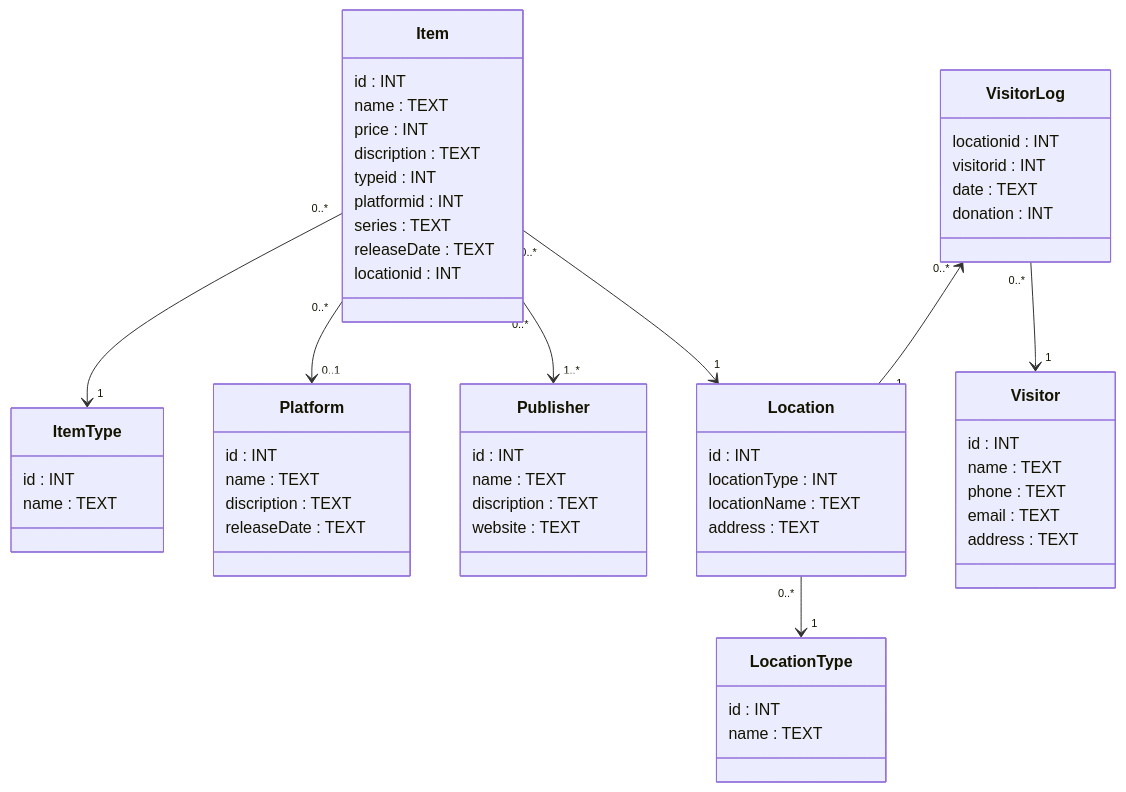
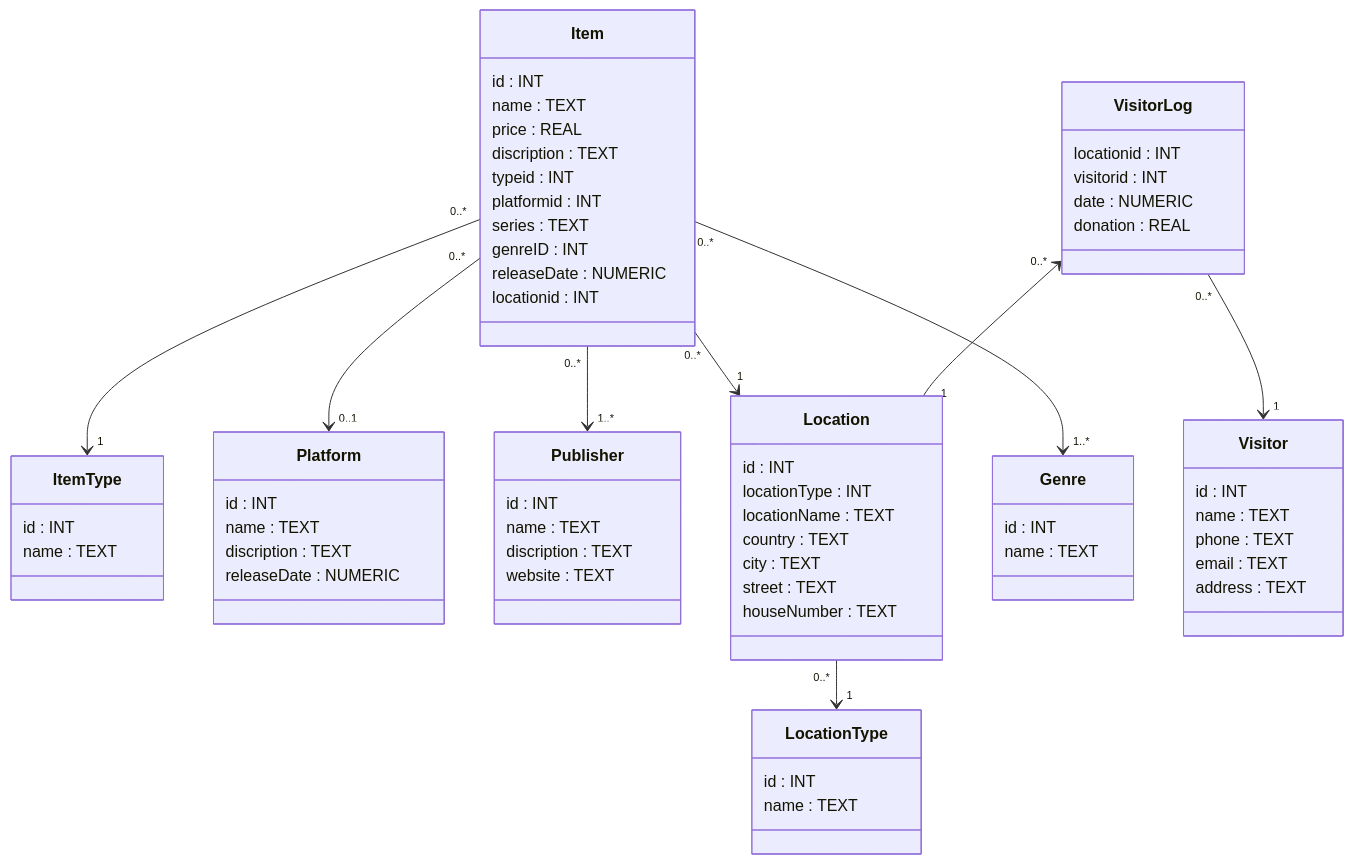
The diagram in README.md (LarsGielen/Project_VGHF), drawn with Mermaid before and after one commit.

````diff
--- a/README.md
+++ b/README.md
@@ -3,69 +3,79 @@
 ``` mermaid
 classDiagram
 
     Item "0..*" --> "1" ItemType
     Item "0..*" --> "0..1" Platform
     Item "0..*" --> "1..*" Publisher
     Item "0..*" --> "1" Location
+    Item "0..*" --> "1..*" Genre
     VisitorLog "0..*" <-- "1" Location
     VisitorLog "0..*" --> "1" Visitor
     Location "0..*" --> "1" LocationType
 
     class Item {
         id : INT
         name : TEXT
-        price : INT
+        price : REAL
         discription : TEXT
         typeid : INT
         platformid : INT
         series : TEXT
-        releaseDate : TEXT
+        genreID : INT
+        releaseDate : NUMERIC
         locationid : INT
     }
 
     class ItemType {
         id : INT
         name : TEXT
     }
 
+    class Genre {
+        id : INT
+        name : TEXT
+    }
+
     class Platform {
         id : INT
         name : TEXT
         discription : TEXT
-        releaseDate : TEXT
+        releaseDate : NUMERIC
     }
     
     class Publisher {
         id : INT
         name : TEXT
         discription : TEXT
         website : TEXT
     }
     
     class Location {
         id : INT
         locationType : INT
         locationName : TEXT
-        address : TEXT
+        country : TEXT
+        city : TEXT
+        street : TEXT
+        houseNumber : TEXT
     }
     
     class LocationType {
         id : INT
         name : TEXT
     }
 
     class VisitorLog {
         locationid : INT
         visitorid : INT
-        date : TEXT
-        donation : INT
+        date : NUMERIC
+        donation : REAL
     }
     
     class Visitor {
         id : INT
         name : TEXT
         phone : TEXT
         email : TEXT
         address : TEXT
-    }       
+    } 
  ```
````
